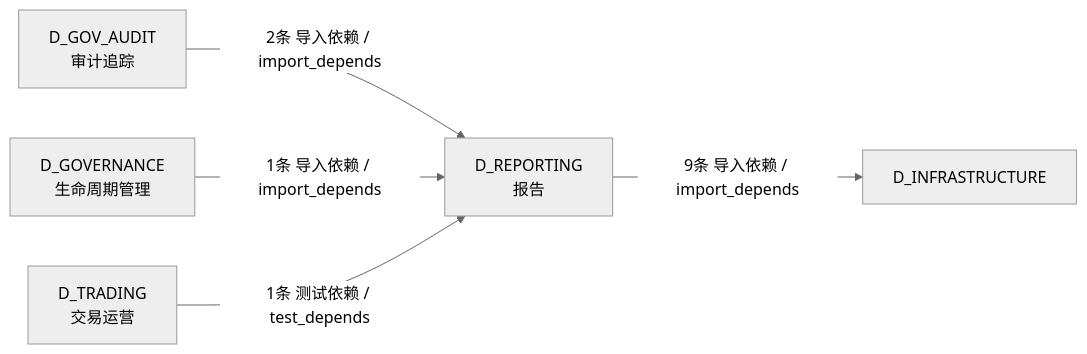
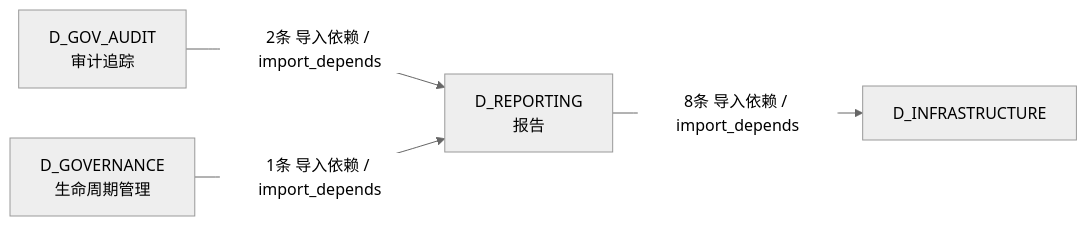
Before and after one commit to xuanFelixVan/ZephyrAlpha: the fourth of 4 diagrams in docs/02_enterprise_architecture/02_domain_architecture_docs/23_d_reporting.md, drawn with Mermaid (neutral theme). The commit also changed other lines of this file and 126 other files, not shown here.

````diff
--- a/docs/02_enterprise_architecture/02_domain_architecture_docs/23_d_reporting.md
+++ b/docs/02_enterprise_architecture/02_domain_architecture_docs/23_d_reporting.md
@@ -213,12 +182,10 @@
 ```mermaid
 graph LR
     D_REPORTING["D_REPORTING<br/>报告"]
     D_INFRASTRUCTURE["D_INFRASTRUCTURE"]
     D_GOV_AUDIT["D_GOV_AUDIT<br/>审计追踪"]
     D_GOVERNANCE["D_GOVERNANCE<br/>生命周期管理"]
-    D_TRADING["D_TRADING<br/>交易运营"]
-    D_REPORTING -->|9条 导入依赖 / import_depends| D_INFRASTRUCTURE
+    D_REPORTING -->|8条 导入依赖 / import_depends| D_INFRASTRUCTURE
     D_GOV_AUDIT -->|2条 导入依赖 / import_depends| D_REPORTING
     D_GOVERNANCE -->|1条 导入依赖 / import_depends| D_REPORTING
-    D_TRADING -->|1条 测试依赖 / test_depends| D_REPORTING
 ```
````
